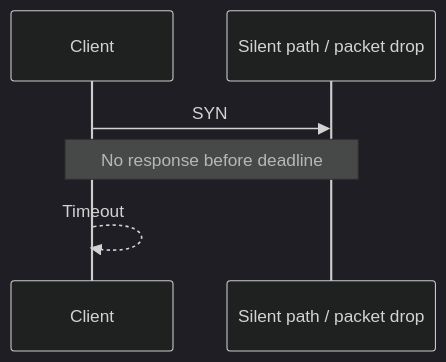
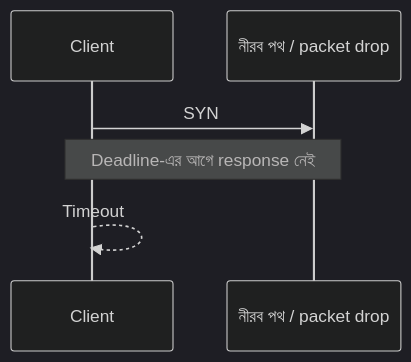
Before and after one commit to shomi-khan/red-blue-lab: the third of 4 diagrams in chapters/02-see-your-network/README.md, drawn with Mermaid (dark theme). The commit also changed other lines of this file, not shown here.

````diff
--- a/chapters/02-see-your-network/README.md
+++ b/chapters/02-see-your-network/README.md
@@ -349,8 +183,8 @@
 ```mermaid
 sequenceDiagram
     participant C as Client
-    participant F as Silent path / packet drop
+    participant F as নীরব পথ / packet drop
     C->>F: SYN
-    Note over C,F: No response before deadline
+    Note over C,F: Deadline-এর আগে response নেই
     C-->>C: Timeout
 ```
````
